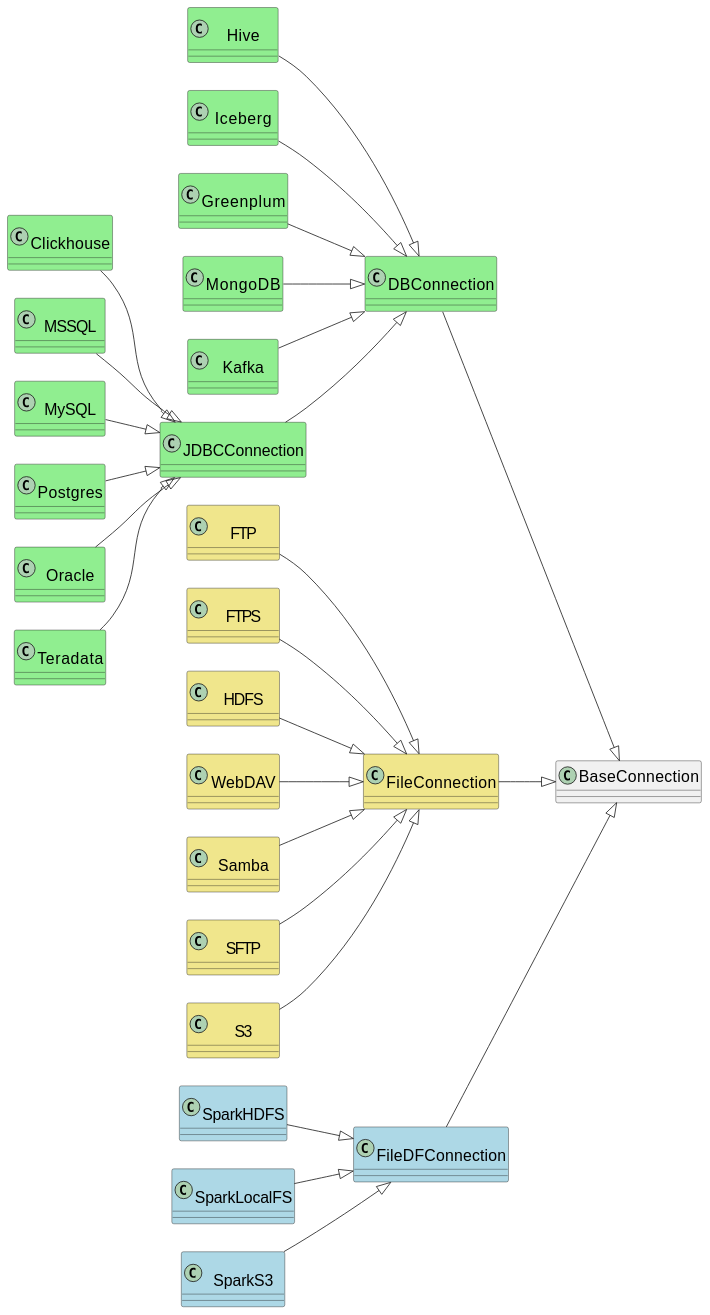
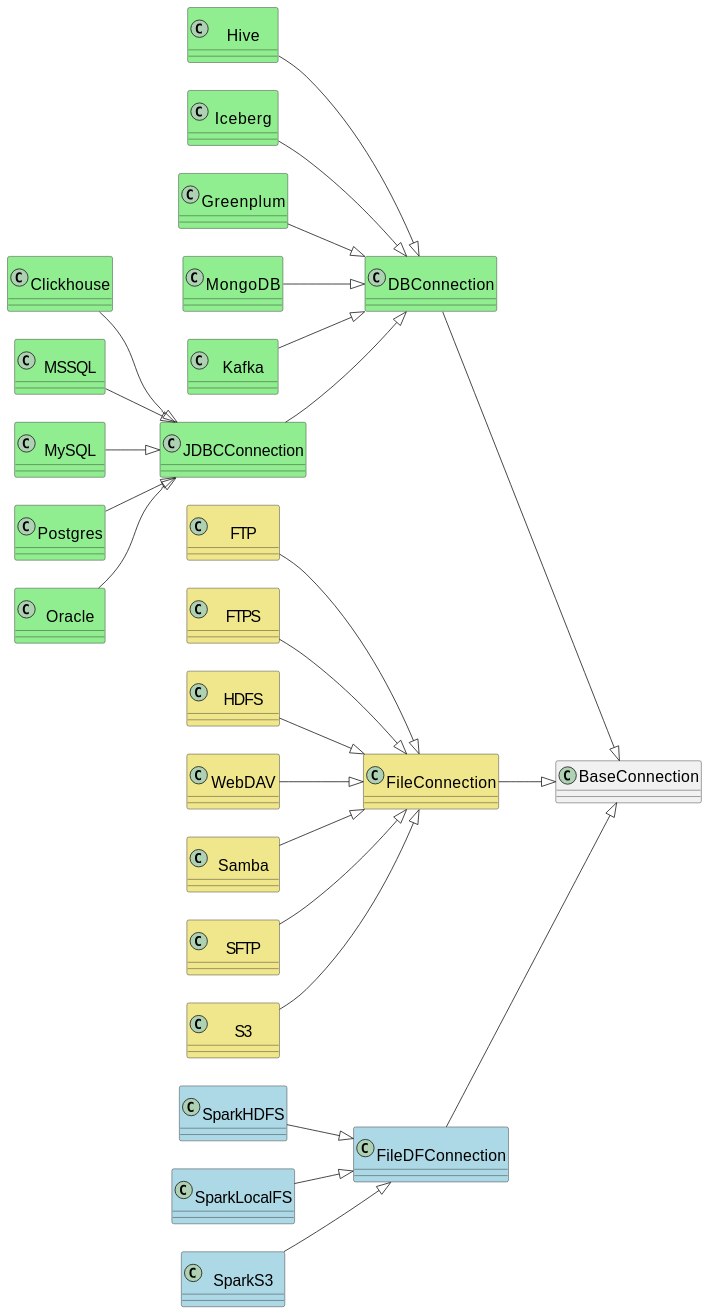
One commit to MobileTeleSystems/onetl changed the diagram in docs/concepts.rst. Above: the diagram before and after it, drawn with PlantUML. The commit also changed 32 other files, not shown here.

```diff
--- a/docs/concepts.rst
+++ b/docs/concepts.rst
@@ -96,10 +96,6 @@
     }
     Oracle --|> JDBCConnection
 
-    class Teradata <<DBConnection>>{
-    }
-    Teradata --|> JDBCConnection
-
     class FileConnection <<FileConnection>>{
     }
     FileConnection --|> BaseConnection
```
